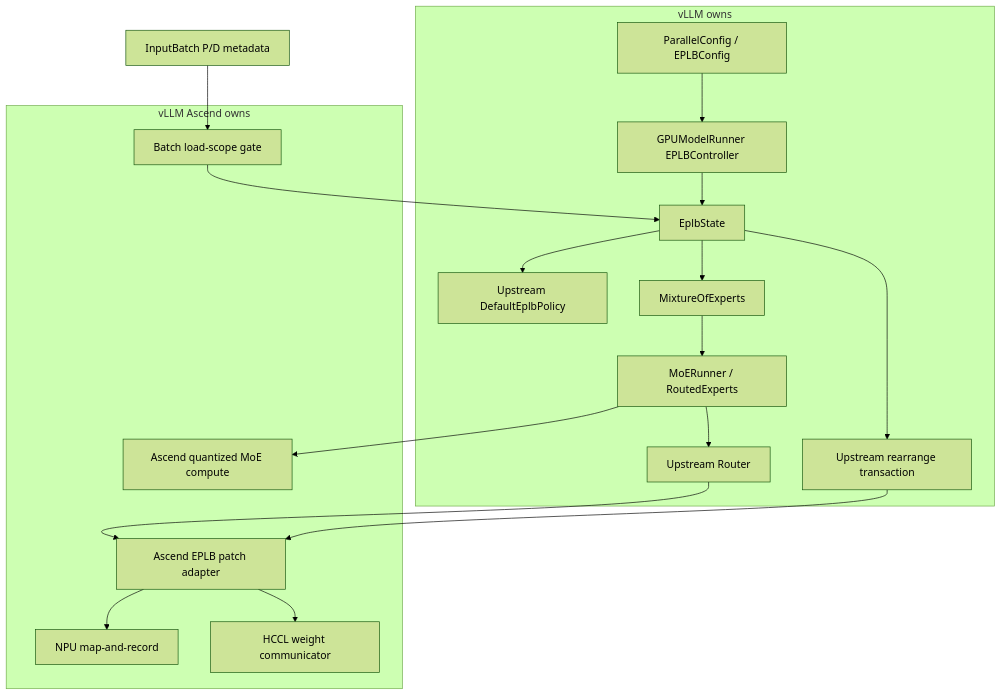
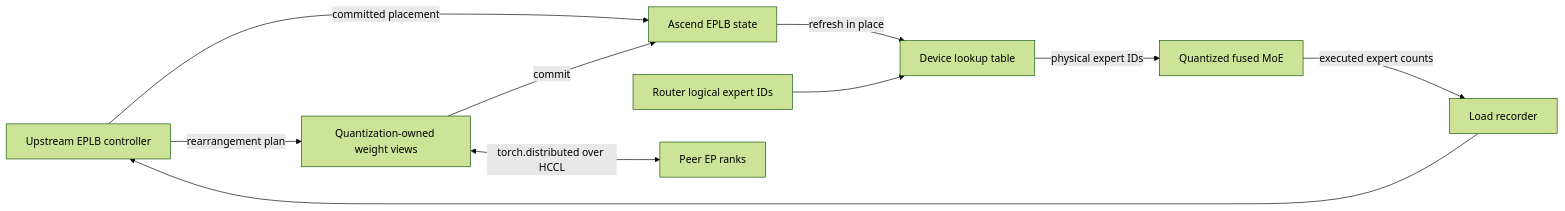
The diagram in docs/source/developer_guide/Design_Documents/model_runner_v2_eplb.md (vllm-project/vllm-ascend), drawn with Mermaid (forest theme) before and after one commit. The commit also changed other lines of this file and 1 other file, not shown here.

First line of the commit message:
docs(eplb): separate architecture from proposal

````diff
--- a/docs/source/developer_guide/Design_Documents/model_runner_v2_eplb.md
+++ b/docs/source/developer_guide/Design_Documents/model_runner_v2_eplb.md
@@ -128,36 +31,12 @@
 ```mermaid
-flowchart TB
-    C["ParallelConfig / EPLBConfig"] --> R["GPUModelRunner EPLBController"]
-    R --> S["EplbState"]
-    S --> P["Upstream DefaultEplbPolicy"]
-    S --> M["MixtureOfExperts"]
-    M --> L["MoERunner / RoutedExperts"]
-    L --> ER["Upstream Router"]
-    ER --> A["Ascend EPLB patch adapter"]
-    A --> B["NPU map-and-record"]
-    I["InputBatch P/D metadata"] --> G["Batch load-scope gate"]
-    G --> S
-    L --> Q["Ascend quantized MoE compute"]
-    S --> X["Upstream rearrange transaction"]
-    X --> A
-    A --> H["HCCL weight communicator"]
-
-    subgraph UP["vLLM owns"]
-        C
-        R
-        S
-        P
-        M
-        L
-        ER
-        X
-    end
-
-    subgraph ASC["vLLM Ascend owns"]
-        B
-        Q
-        H
-        A
-        G
-    end
+flowchart LR
+    A["Upstream EPLB controller"] -->|"committed placement"| B["Ascend EPLB state"]
+    B -->|"refresh in place"| C["Device lookup table"]
+    D["Router logical expert IDs"] --> C
+    C -->|"physical expert IDs"| E["Quantized fused MoE"]
+    E -->|"executed expert counts"| F["Load recorder"]
+    F --> A
+    A -->|"rearrangement plan"| G["Quantization-owned weight views"]
+    G <-->|"torch.distributed over HCCL"| H["Peer EP ranks"]
+    G -->|"commit"| B
 ```
````
